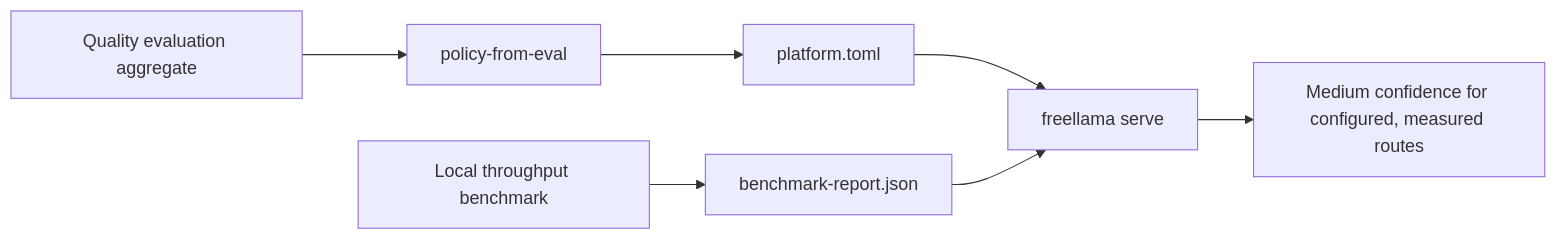
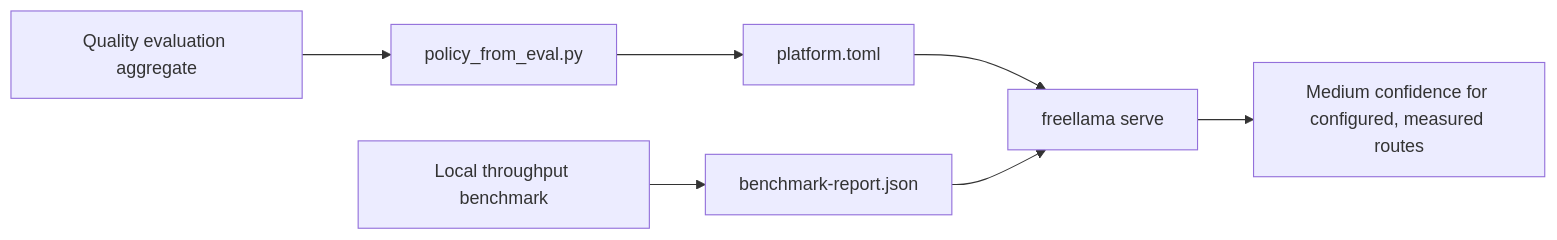
Before and after one commit to bgauryy/FreeLlama: the second of 2 diagrams in docs/CLI.md, drawn with Mermaid. The commit also changed other lines of this file and 351 other files, not shown here.

````diff
--- a/docs/CLI.md
+++ b/docs/CLI.md
@@ -267,9 +259,9 @@
 ```mermaid
 flowchart LR
-    Q["Quality evaluation aggregate"] --> P["policy-from-eval"]
+    Q["Quality evaluation aggregate"] --> P["policy_from_eval.py"]
     P --> PF["platform.toml"]
     T["Local throughput benchmark"] --> BR["benchmark-report.json"]
     PF --> S["freellama serve"]
     BR --> S
     S --> C["Medium confidence for configured, measured routes"]
 ```
````
